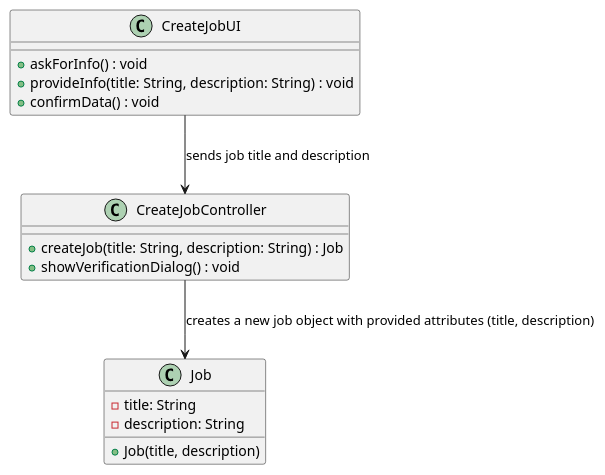
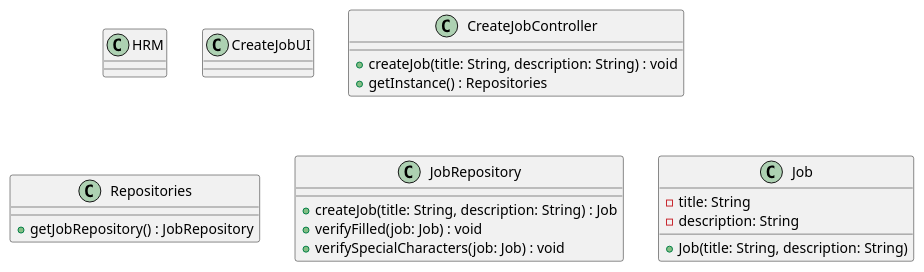
The diagram in docs/sprintB/us002/03.design/puml/us002-class-diagram.puml (ricardomm7/leaflink), drawn with PlantUML before and after one commit. The commit also changed 1 other file, not shown here.

```diff
--- a/docs/sprintB/us002/03.design/puml/us002-class-diagram.puml
+++ b/docs/sprintB/us002/03.design/puml/us002-class-diagram.puml
@@ -1,26 +1,34 @@
 @startuml
 skinparam packageStyle rectangle
 skinparam shadowing false
 skinparam linetype polyline
 
+class HRM {
+}
 
 class CreateJobUI {
-    + askForInfo() : void
-    + provideInfo(title: String, description: String) : void
-    + confirmData() : void
+
 }
 
 class CreateJobController {
-    + createJob(title: String, description: String) : Job
-    + showVerificationDialog() : void
+    +createJob(title: String, description: String) : void
+    +getInstance() : Repositories
+}
+
+class Repositories {
+    +getJobRepository() : JobRepository
+}
+
+class JobRepository {
+    +createJob(title: String, description: String) : Job
+    +verifyFilled(job: Job) : void
+    +verifySpecialCharacters(job: Job) : void
 }
 
 class Job {
     - title: String
     - description: String
-    + Job(title, description)
+    + Job(title: String, description: String)
 }
 
-CreateJobUI --> CreateJobController : sends job title and description
-CreateJobController --> Job : creates a new job object with provided attributes (title, description)
 @enduml
```
